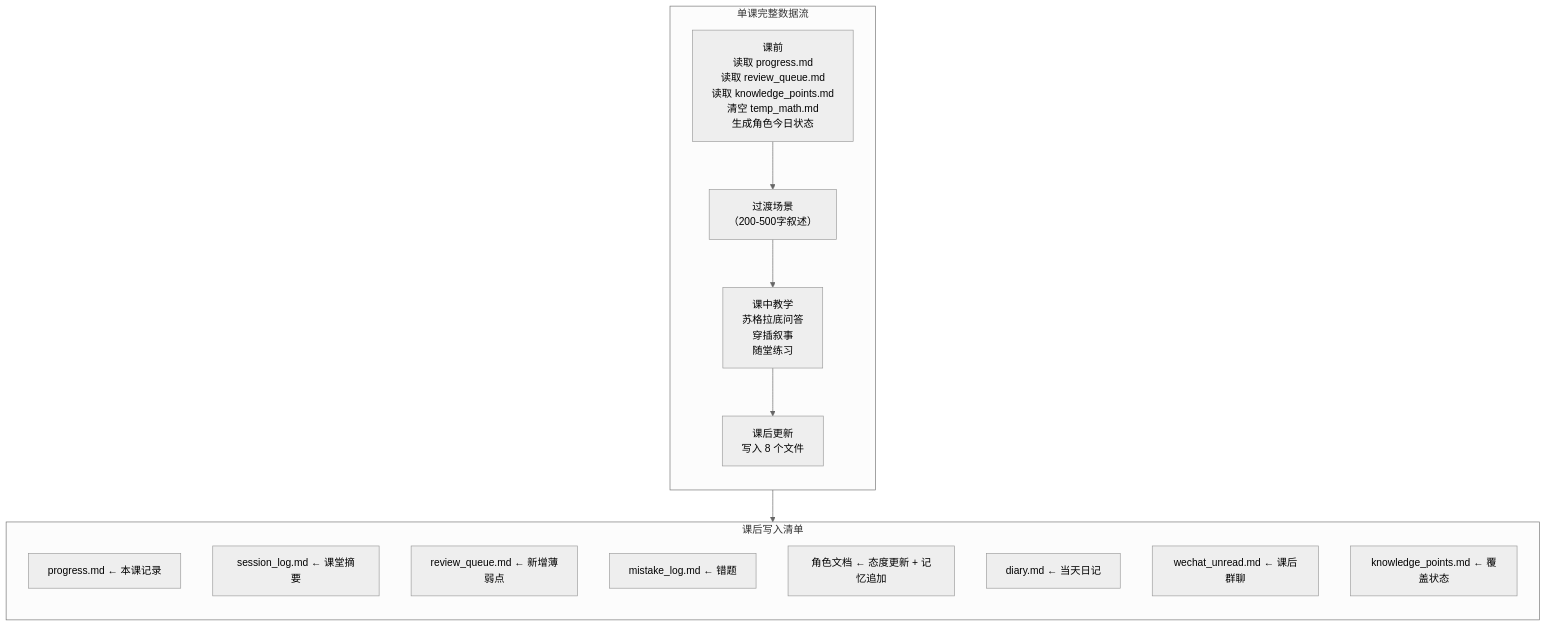
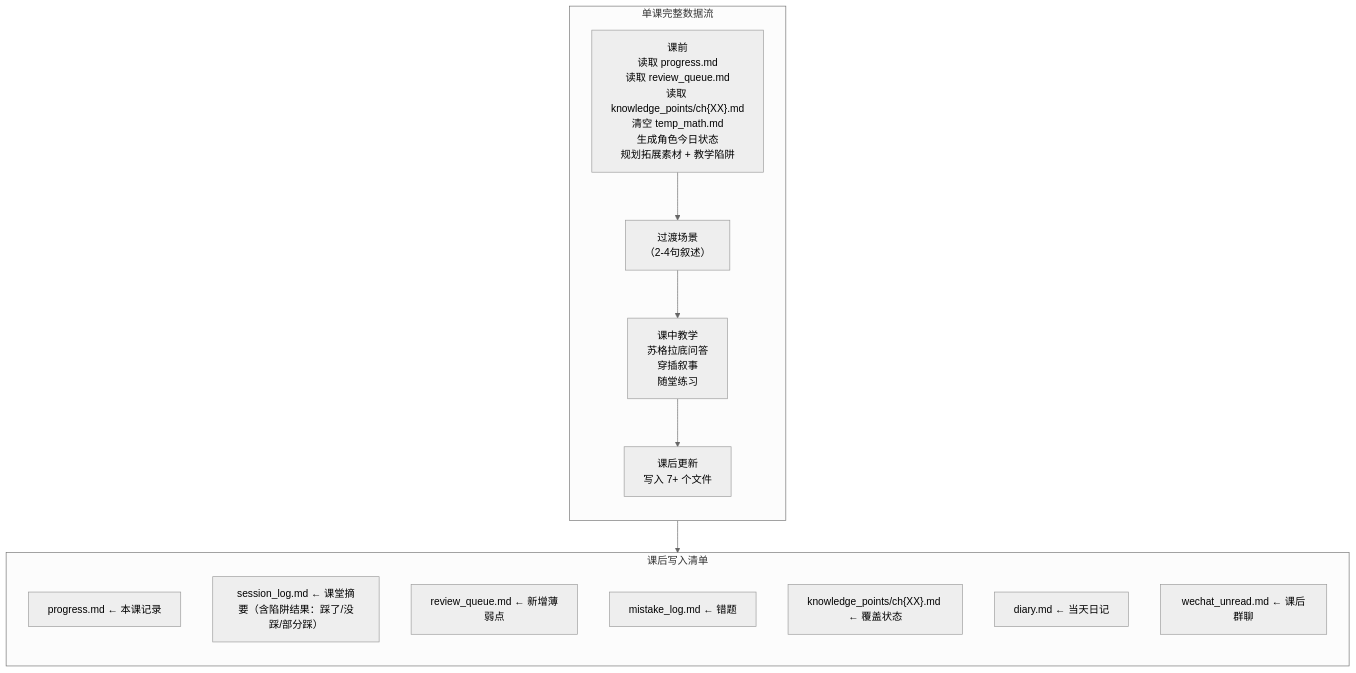
One commit to 94series/SocraticNovel changed the fifth of 5 diagrams in ARCHITECTURE.md. Above: the diagram before and after it, drawn with Mermaid (neutral theme). The commit also changed other lines of this file, not shown here.

First line of the commit message:
docs: 更新 ARCHITECTURE.md 反映优化后的文件分层架构

````diff
--- a/ARCHITECTURE.md
+++ b/ARCHITECTURE.md
@@ -318,26 +416,25 @@
 ```mermaid
 graph TB
   subgraph SingleLesson["单课完整数据流"]
     direction TB
-    PRE["课前<br/>读取 progress.md<br/>读取 review_queue.md<br/>读取 knowledge_points.md<br/>清空 temp_math.md<br/>生成角色今日状态"]
-    TRANS["过渡场景<br/>（200-500字叙述）"]
+    PRE["课前<br/>读取 progress.md<br/>读取 review_queue.md<br/>读取 knowledge_points/ch{XX}.md<br/>清空 temp_math.md<br/>生成角色今日状态<br/>规划拓展素材 + 教学陷阱"]
+    TRANS["过渡场景<br/>（2-4句叙述）"]
     TEACH["课中教学<br/>苏格拉底问答<br/>穿插叙事<br/>随堂练习"]
-    POST["课后更新<br/>写入 8 个文件"]
+    POST["课后更新<br/>写入 7+ 个文件"]
 
     PRE --> TRANS --> TEACH --> POST
   end
 
   subgraph PostUpdate["课后写入清单"]
     direction TB
     W1["progress.md ← 本课记录"]
-    W2["session_log.md ← 课堂摘要"]
+    W2["session_log.md ← 课堂摘要（含陷阱结果：踩了/没踩/部分踩）"]
     W3["review_queue.md ← 新增薄弱点"]
     W4["mistake_log.md ← 错题"]
-    W5["角色文档 ← 态度更新 + 记忆追加"]
+    W5["knowledge_points/ch{XX}.md ← 覆盖状态"]
     W6["diary.md ← 当天日记"]
     W7["wechat_unread.md ← 课后群聊"]
-    W8["knowledge_points.md ← 覆盖状态"]
   end
 
   POST --> PostUpdate
 ```
````
